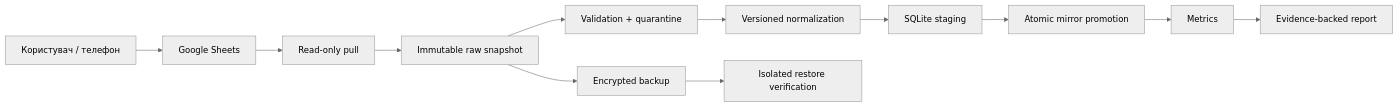
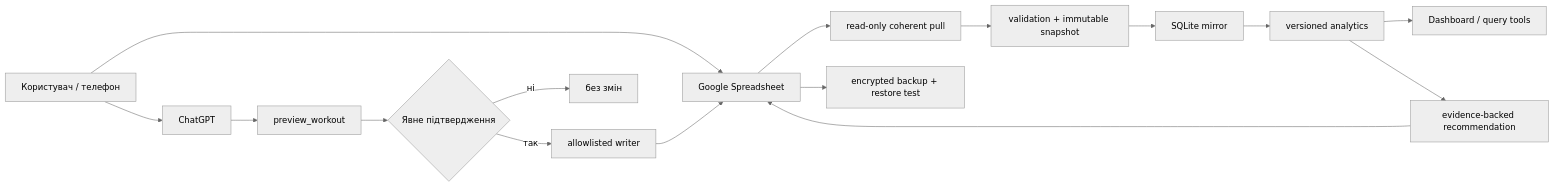
Before and after one commit to d1buts/gym: the diagram in WORKOUT_TRACKER_ARCHITECTURE.md, drawn with Mermaid (neutral theme). The commit also changed other lines of this file and 15 other files, not shown here.

````diff
--- a/WORKOUT_TRACKER_ARCHITECTURE.md
+++ b/WORKOUT_TRACKER_ARCHITECTURE.md
@@ -76,14 +82,18 @@
 ```mermaid
 flowchart LR
-    U["Користувач / телефон"] --> G["Google Sheets"]
-    G --> P["Read-only pull"]
-    P --> R["Immutable raw snapshot"]
-    R --> V["Validation + quarantine"]
-    V --> N["Versioned normalization"]
-    N --> S["SQLite staging"]
-    S --> M["Atomic mirror promotion"]
-    M --> A["Metrics"]
-    A --> O["Evidence-backed report"]
-    R --> B["Encrypted backup"]
-    B --> X["Isolated restore verification"]
+    U["Користувач / телефон"] --> C["ChatGPT"]
+    U --> G["Google Spreadsheet"]
+    C --> P["preview_workout"]
+    P --> Q{"Явне підтвердження"}
+    Q -->|так| W["allowlisted writer"]
+    W --> G
+    Q -->|ні| Z["без змін"]
+    G --> R["read-only coherent pull"]
+    R --> V["validation + immutable snapshot"]
+    V --> S["SQLite mirror"]
+    S --> A["versioned analytics"]
+    A --> D["Dashboard / query tools"]
+    A --> E["evidence-backed recommendation"]
+    E --> G
+    G --> B["encrypted backup + restore test"]
 ```
````
